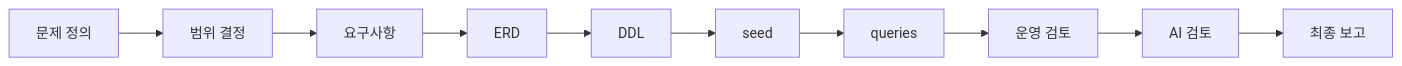
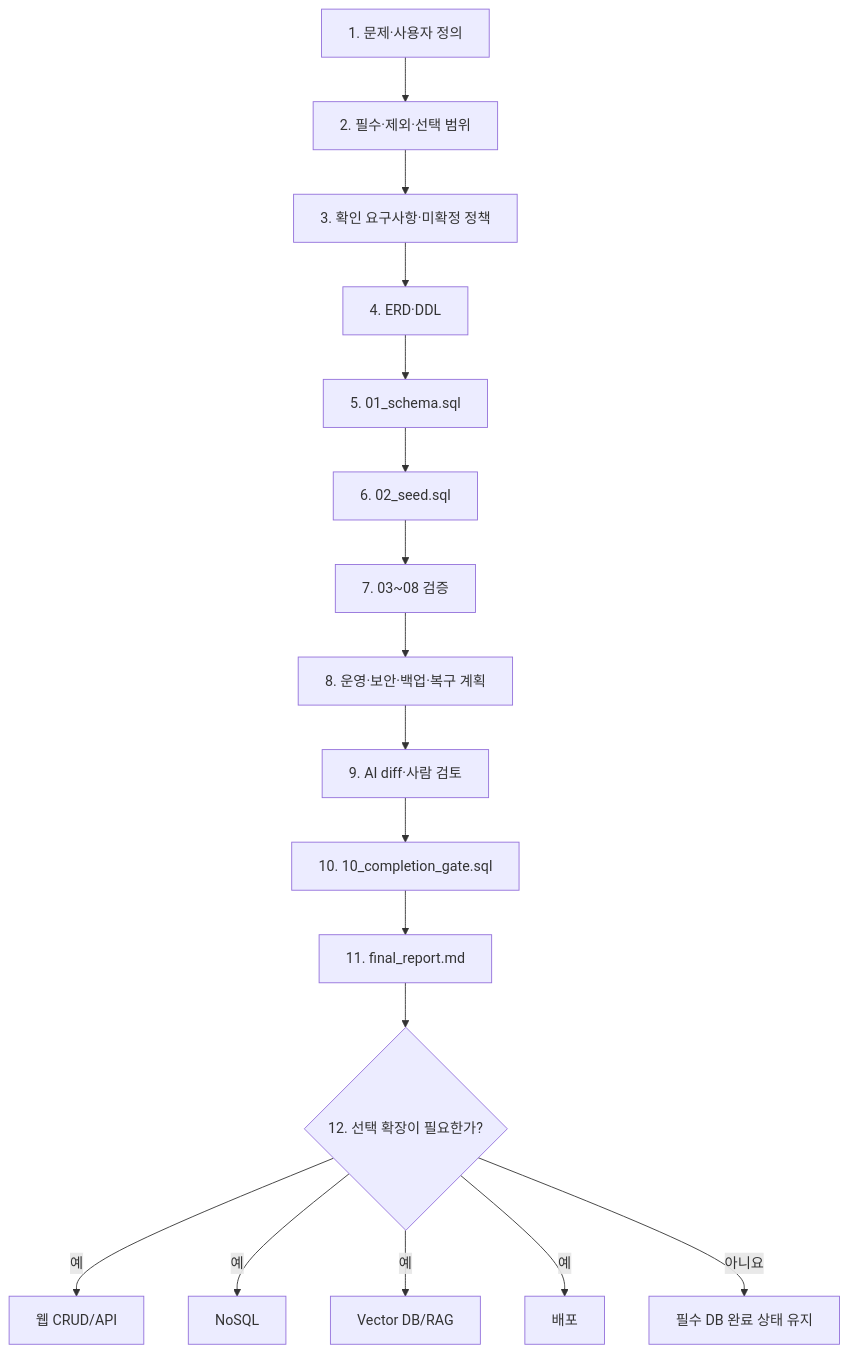
Before and after one commit to GilbertMoon/ai-database-book: the diagram in images/chapter15/ch15_01_service_project_flow.mmd, drawn with Mermaid.

Commit message:
fix: expand chapter 15 service project completion flow

```diff
--- a/images/chapter15/ch15_01_service_project_flow.mmd
+++ b/images/chapter15/ch15_01_service_project_flow.mmd
@@ -1,10 +1,21 @@
-flowchart LR
-A[문제 정의] --> B[범위 결정]
-B --> C[요구사항]
-C --> D[ERD]
-D --> E[DDL]
-E --> F[seed]
-F --> G[queries]
-G --> H[운영 검토]
-H --> I[AI 검토]
-I --> J[최종 보고]
+flowchart TB
+    A[1. 문제·사용자 정의]
+    B[2. 필수·제외·선택 범위]
+    C[3. 확인 요구사항·미확정 정책]
+    D[4. ERD·DDL]
+    E[5. 01_schema.sql]
+    F[6. 02_seed.sql]
+    G[7. 03~08 검증]
+    H[8. 운영·보안·백업·복구 계획]
+    I[9. AI diff·사람 검토]
+    J[10. 10_completion_gate.sql]
+    K[11. final_report.md]
+    L{12. 선택 확장이 필요한가?}
+
+    A --> B --> C --> D --> E --> F --> G --> H --> I --> J --> K --> L
+
+    L -->|예| W[웹 CRUD/API]
+    L -->|예| N[NoSQL]
+    L -->|예| R[Vector DB/RAG]
+    L -->|예| P[배포]
+    L -->|아니요| C0[필수 DB 완료 상태 유지]
```
